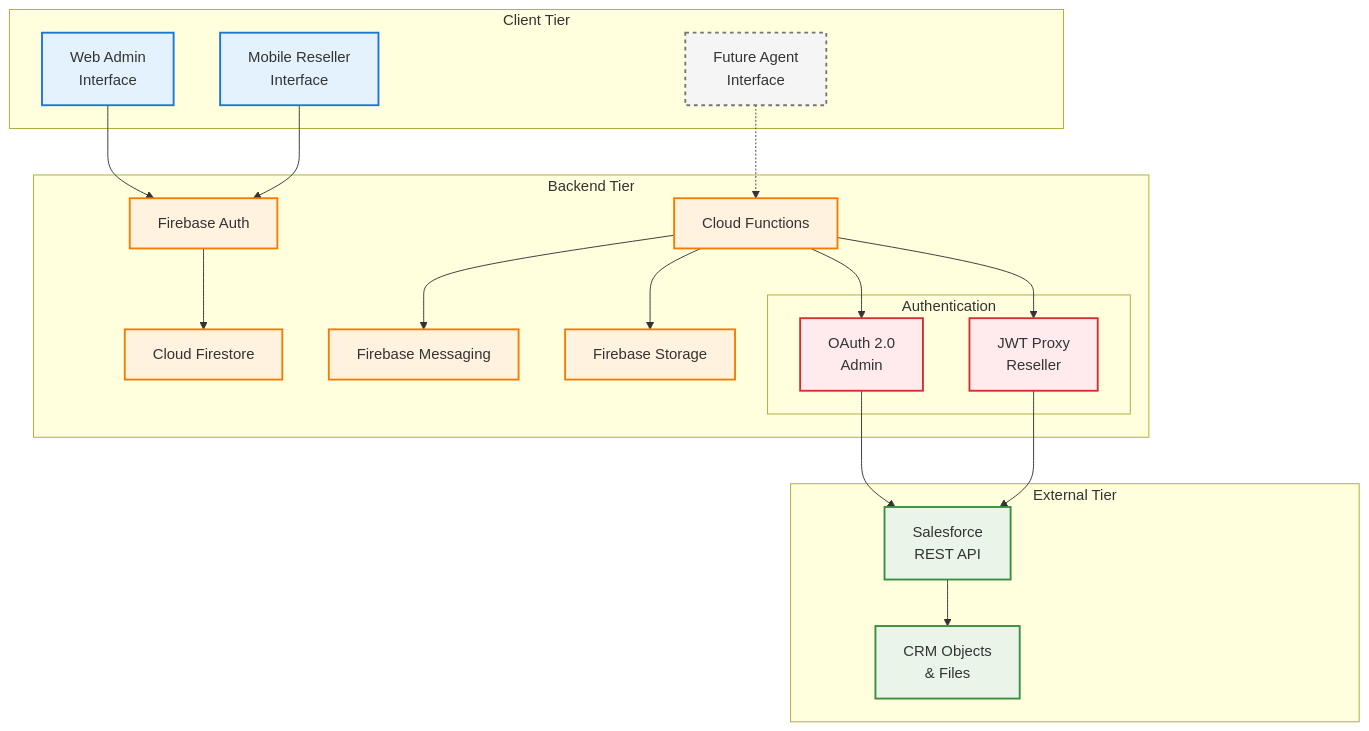
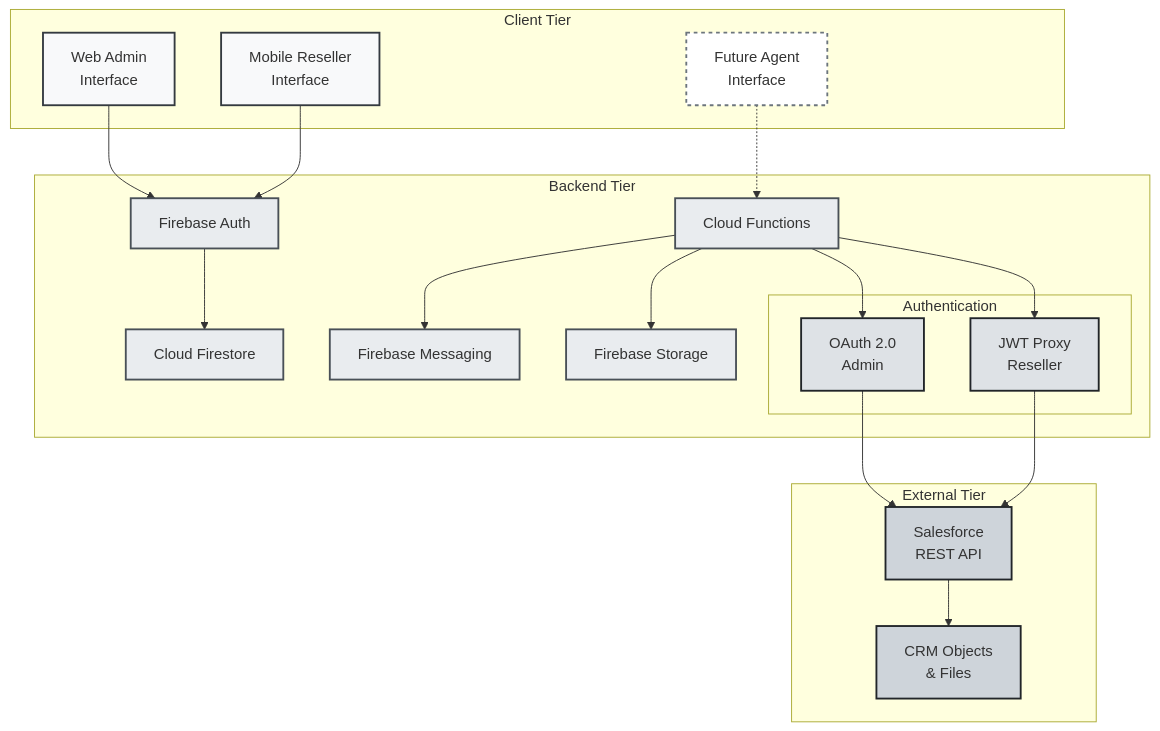
The diagram in docs/twogether_architecture_diagram.md (rodrigocastrolima/twogetherapp), drawn with Mermaid before and after one commit.

Commit message:
diagram v5

````diff
--- a/docs/twogether_architecture_diagram.md
+++ b/docs/twogether_architecture_diagram.md
@@ -5,67 +5,61 @@
 ```mermaid
 graph TD
     subgraph Client["Client Tier"]
         A["Web Admin<br/>Interface"] 
         B["Mobile Reseller<br/>Interface"]
         C["Future Agent<br/>Interface"]
         ClientSpacer1[" "]
         ClientSpacer2[" "]
     end
     
     subgraph Backend["Backend Tier"]
         D["Firebase Auth"]
         E["Cloud Firestore"]
         F["Firebase Storage"] 
         G["Cloud Functions"]
         H["Firebase Messaging"]
         
         subgraph Auth["Authentication"]
             I["OAuth 2.0<br/>Admin"]
             J["JWT Proxy<br/>Reseller"]
         end
     end
     
     subgraph External["External Tier"]
         K["Salesforce<br/>REST API"]
         L["CRM Objects<br/>& Files"]
-        ExtSpacer1[" "]
-        ExtSpacer2[" "]
-        ExtSpacer3[" "]
     end
     
     %% Connections - Clean Hierarchy
     A --> D
     B --> D
     C -.-> G
     
     D --> E
     G --> H
     G --> F
     
     G --> I
     G --> J
     I --> K
     J --> K
     K --> L
     
-    %% Clean Professional Styling
-    style A fill:#e3f2fd,stroke:#1976d2,stroke-width:2px
-    style B fill:#e3f2fd,stroke:#1976d2,stroke-width:2px
-    style C fill:#f5f5f5,stroke:#757575,stroke-width:2px,stroke-dasharray:4 4
-    style D fill:#fff3e0,stroke:#f57c00,stroke-width:2px
-    style E fill:#fff3e0,stroke:#f57c00,stroke-width:2px
-    style F fill:#fff3e0,stroke:#f57c00,stroke-width:2px
-    style G fill:#fff3e0,stroke:#f57c00,stroke-width:2px
-    style H fill:#fff3e0,stroke:#f57c00,stroke-width:2px
-    style I fill:#ffebee,stroke:#d32f2f,stroke-width:2px
-    style J fill:#ffebee,stroke:#d32f2f,stroke-width:2px
-    style K fill:#e8f5e8,stroke:#388e3c,stroke-width:2px
-    style L fill:#e8f5e8,stroke:#388e3c,stroke-width:2px
+    %% Professional Academic Grayscale Styling
+    style A fill:#f8f9fa,stroke:#343a40,stroke-width:2px
+    style B fill:#f8f9fa,stroke:#343a40,stroke-width:2px
+    style C fill:#ffffff,stroke:#6c757d,stroke-width:2px,stroke-dasharray:4 4
+    style D fill:#e9ecef,stroke:#495057,stroke-width:2px
+    style E fill:#e9ecef,stroke:#495057,stroke-width:2px
+    style F fill:#e9ecef,stroke:#495057,stroke-width:2px
+    style G fill:#e9ecef,stroke:#495057,stroke-width:2px
+    style H fill:#e9ecef,stroke:#495057,stroke-width:2px
+    style I fill:#dee2e6,stroke:#212529,stroke-width:2px
+    style J fill:#dee2e6,stroke:#212529,stroke-width:2px
+    style K fill:#ced4da,stroke:#212529,stroke-width:2px
+    style L fill:#ced4da,stroke:#212529,stroke-width:2px
     
     %% Hide spacer nodes
     style ClientSpacer1 fill:transparent,stroke:transparent
     style ClientSpacer2 fill:transparent,stroke:transparent
-    style ExtSpacer1 fill:transparent,stroke:transparent
-    style ExtSpacer2 fill:transparent,stroke:transparent
-    style ExtSpacer3 fill:transparent,stroke:transparent
 ```
````
